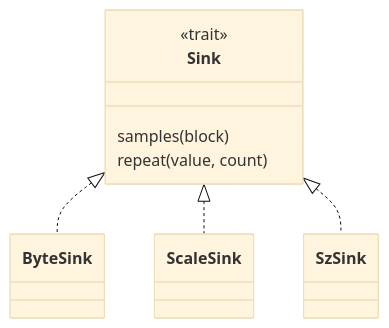
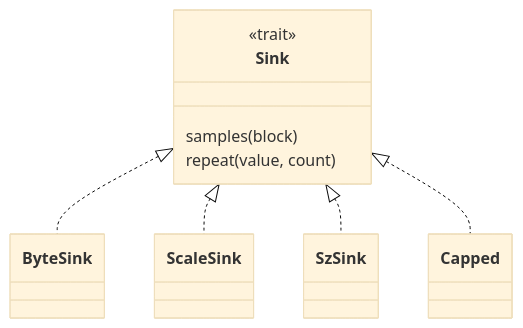
Before and after one commit to D0ubleD0uble/fieldglass: the fourth of 6 diagrams in docs/architecture/02-trait-seams.md, drawn with Mermaid (base theme). The commit also changed other lines of this file and 9 other files, not shown here.

````diff
--- a/docs/architecture/02-trait-seams.md
+++ b/docs/architecture/02-trait-seams.md
@@ -298,11 +300,12 @@
 ```mermaid
 classDiagram
     class Sink {
         <<trait>>
         samples(block)
         repeat(value, count)
     }
     Sink <|.. ByteSink
     Sink <|.. ScaleSink
     Sink <|.. SzSink
+    Sink <|.. Capped
 ```
````
